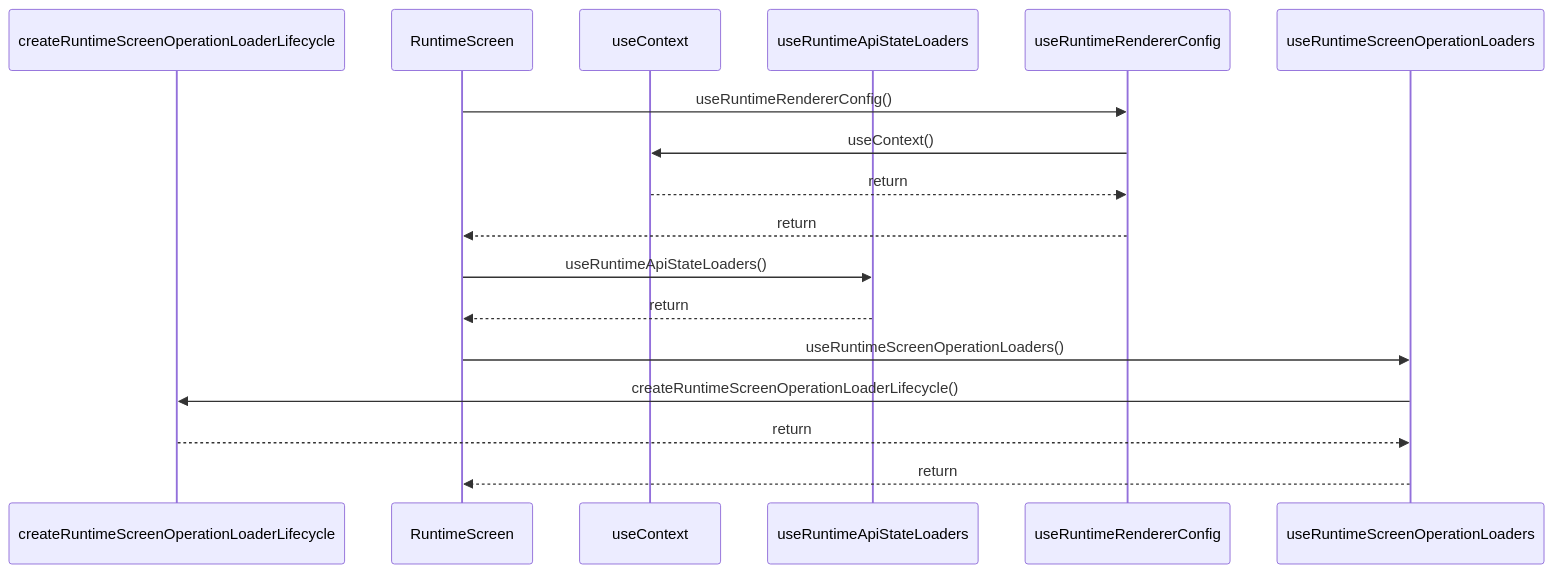
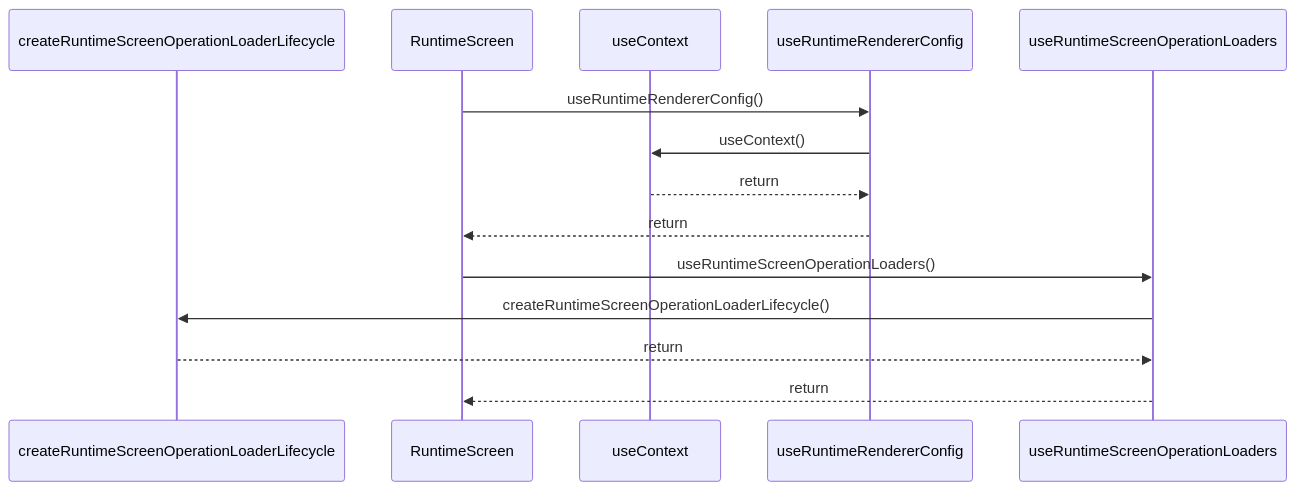
One commit to ankhorage/runtime changed the diagram in paradox/diagrams/sequences/runtime-screen.mmd. Above: the diagram before and after it, drawn with Mermaid. The commit also changed 22 other files, not shown here.

```diff
--- a/paradox/diagrams/sequences/runtime-screen.mmd
+++ b/paradox/diagrams/sequences/runtime-screen.mmd
@@ -1,17 +1,14 @@
 sequenceDiagram
   participant participant_createRuntimeScreenOperationLoaderLifecycle as createRuntimeScreenOperationLoaderLifecycle
   participant participant_RuntimeScreen as RuntimeScreen
   participant participant_useContext as useContext
-  participant participant_useRuntimeApiStateLoaders as useRuntimeApiStateLoaders
   participant participant_useRuntimeRendererConfig as useRuntimeRendererConfig
   participant participant_useRuntimeScreenOperationLoaders as useRuntimeScreenOperationLoaders
   participant_RuntimeScreen->>participant_useRuntimeRendererConfig: useRuntimeRendererConfig()
   participant_useRuntimeRendererConfig->>participant_useContext: useContext()
   participant_useContext-->>participant_useRuntimeRendererConfig: return
   participant_useRuntimeRendererConfig-->>participant_RuntimeScreen: return
-  participant_RuntimeScreen->>participant_useRuntimeApiStateLoaders: useRuntimeApiStateLoaders()
-  participant_useRuntimeApiStateLoaders-->>participant_RuntimeScreen: return
   participant_RuntimeScreen->>participant_useRuntimeScreenOperationLoaders: useRuntimeScreenOperationLoaders()
   participant_useRuntimeScreenOperationLoaders->>participant_createRuntimeScreenOperationLoaderLifecycle: createRuntimeScreenOperationLoaderLifecycle()
   participant_createRuntimeScreenOperationLoaderLifecycle-->>participant_useRuntimeScreenOperationLoaders: return
   participant_useRuntimeScreenOperationLoaders-->>participant_RuntimeScreen: return
```
